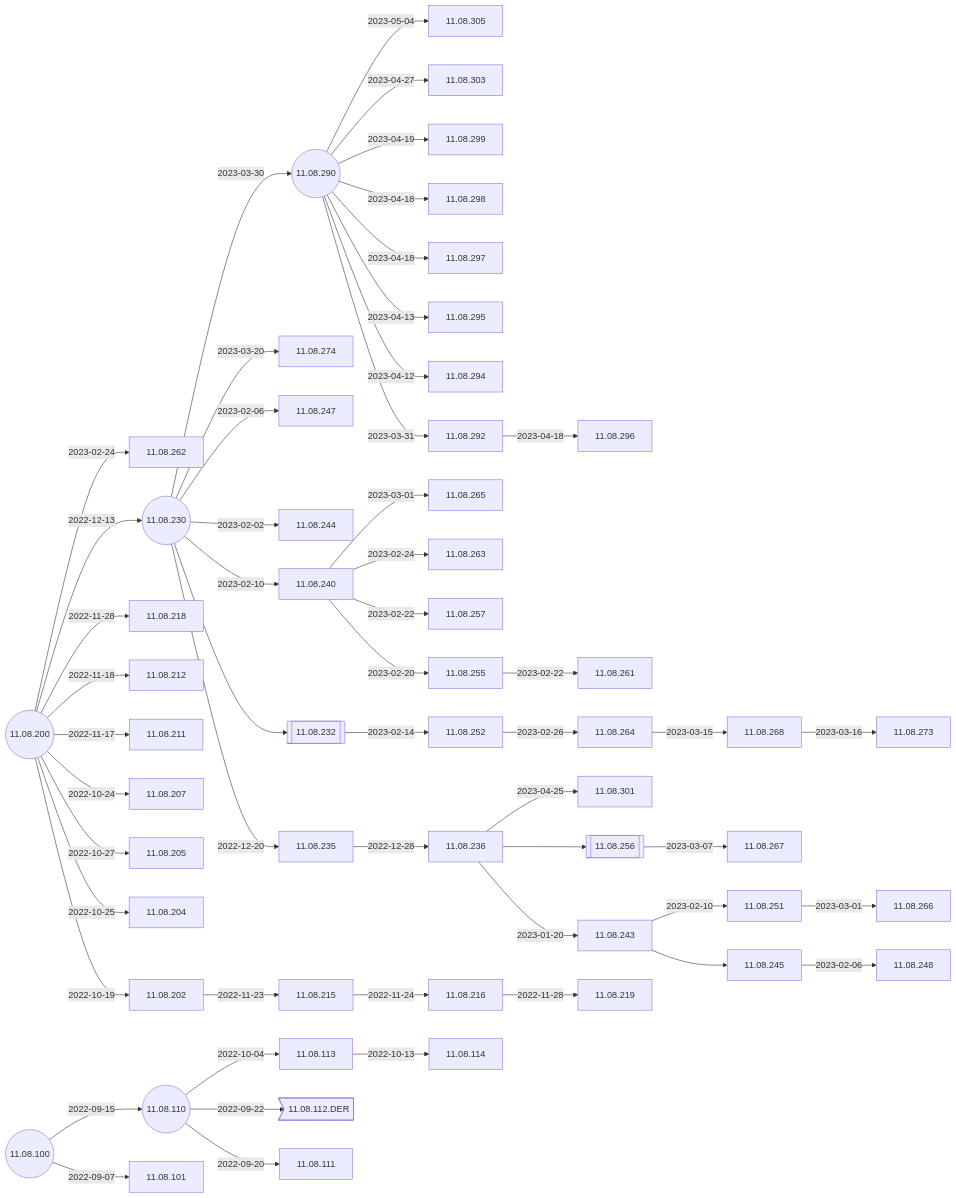
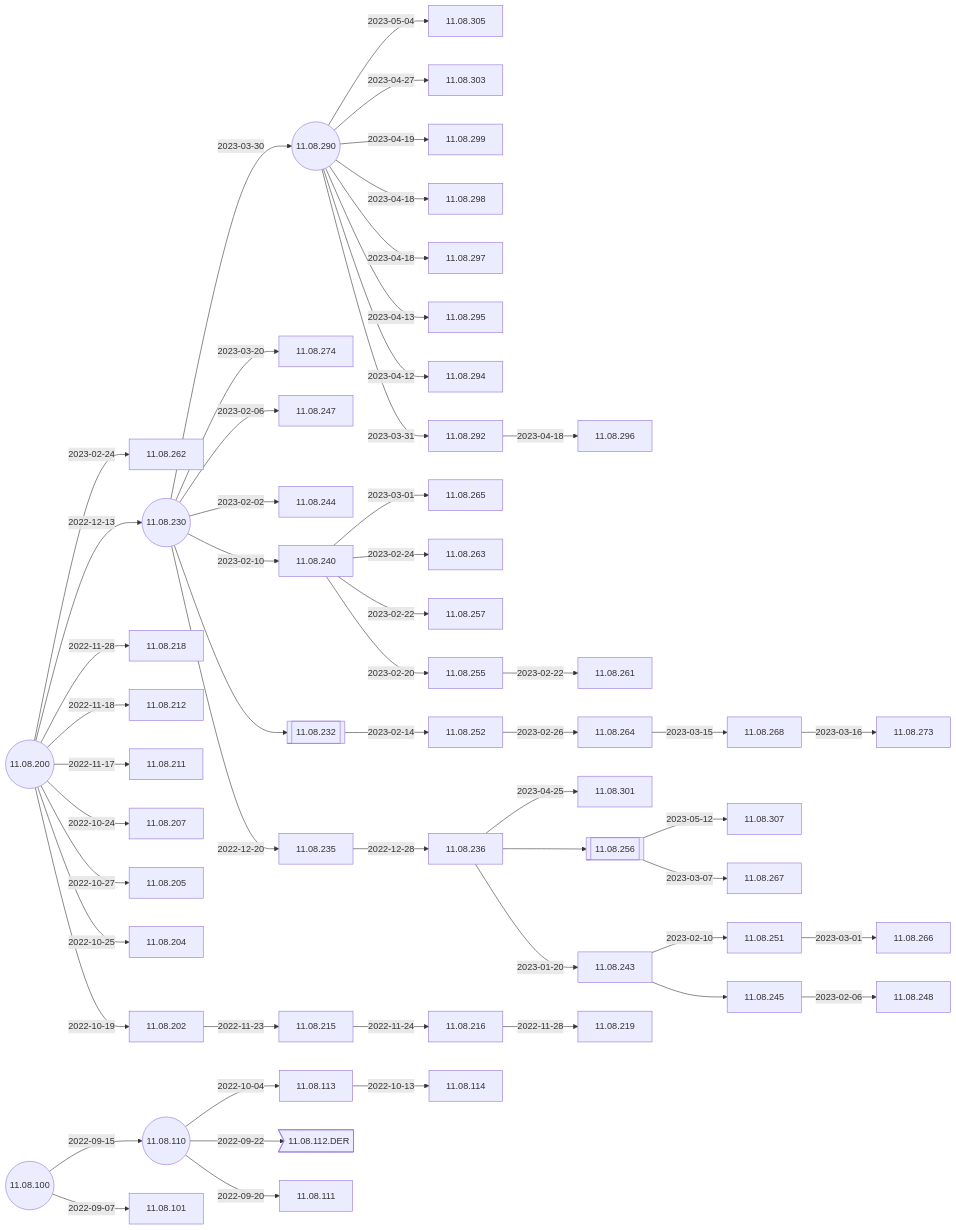
The second of 4 diagrams in docs/Docs/ReleaseNotes/01-OS11/README.md (IGEL-Community/IGEL-Docs-v02), drawn with Mermaid before and after one commit. The commit also changed 2 other files, not shown here.

Commit message:
11.08.307 <- 11.08.256

````diff
--- a/docs/Docs/ReleaseNotes/01-OS11/README.md
+++ b/docs/Docs/ReleaseNotes/01-OS11/README.md
@@ -39,5 +39,6 @@
 ```mermaid
 flowchart LR
+    11.08.256-- 2023-05-12 -->11.08.307
     11.08.290-- 2023-05-04 -->11.08.305
     11.08.290-- 2023-04-27 -->11.08.303
     11.08.236-- 2023-04-25 -->11.08.301
@@ -74,6 +75,7 @@
     11.08.110((11.08.110))-- 2022-09-22 -->11.08.112.DER>11.08.112.DER]
     11.08.100-- 2022-09-15 -->11.08.110-- 2022-09-20 -->11.08.111
     11.08.100((11.08.100))-- 2022-09-07 -->11.08.101
+    click 11.08.307 "https://github.com/IGEL-Community/IGEL-Docs-v02/tree/main/docs/Docs/ReleaseNotes/01-OS11/readme11.08.307.txt" _blank
     click 11.08.305 "https://github.com/IGEL-Community/IGEL-Docs-v02/tree/main/docs/Docs/ReleaseNotes/01-OS11/readme11.08.305.txt" _blank
     click 11.08.303 "https://github.com/IGEL-Community/IGEL-Docs-v02/tree/main/docs/Docs/ReleaseNotes/01-OS11/readme11.08.303.txt" _blank
     click 11.08.301 "https://github.com/IGEL-Community/IGEL-Docs-v02/tree/main/docs/Docs/ReleaseNotes/01-OS11/readme11.08.301.txt" _blank
````
